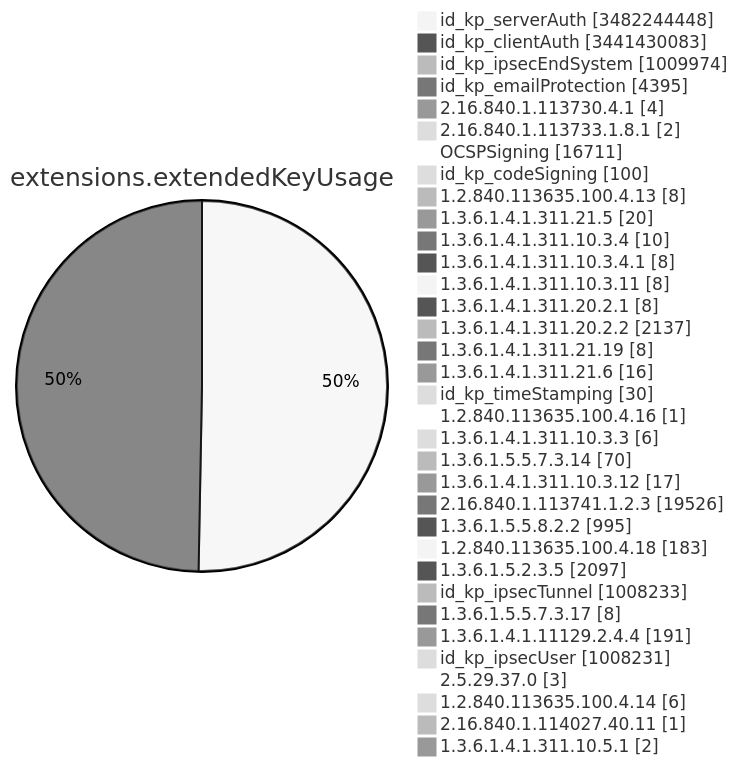
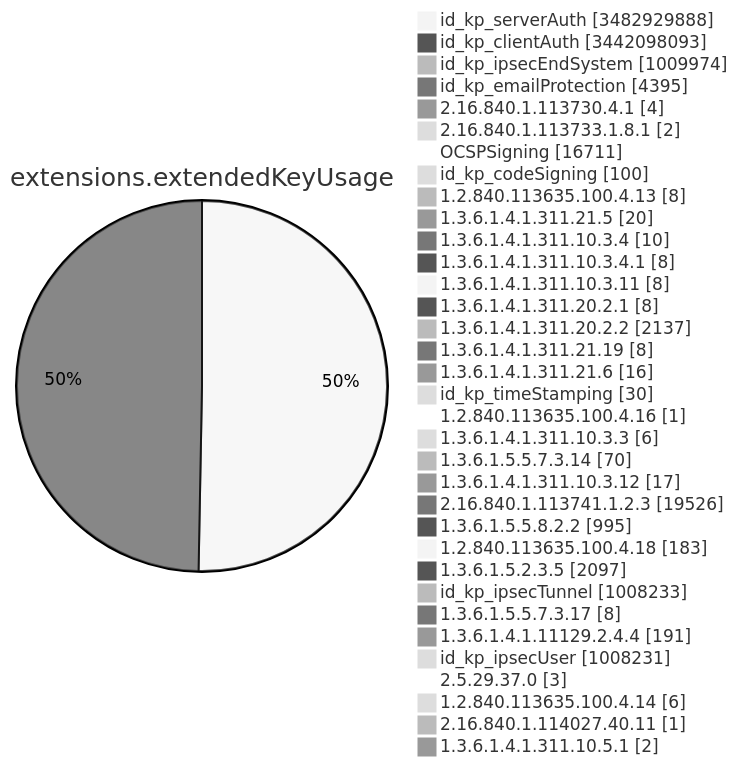
One commit to christiankrug/ctmonitor_visualization changed diagram 11 of 15 in TOTAL/README.md. Above: the diagram before and after it, drawn with Mermaid (neutral theme). The commit also changed other lines of this file, not shown here.

````diff
--- a/TOTAL/README.md
+++ b/TOTAL/README.md
@@ -4124,38 +4124,38 @@
 ```mermaid
 pie showData
 title extensions.extendedKeyUsage
-"id_kp_serverAuth" :3482244448
-"id_kp_clientAuth" :3441430083
+"id_kp_serverAuth" :3482929888
+"id_kp_clientAuth" :3442098093
 "id_kp_ipsecEndSystem" :1009974
 "id_kp_emailProtection" :4395
 "2.16.840.1.113730.4.1" :4
 "2.16.840.1.113733.1.8.1" :2
 "OCSPSigning" :16711
 "id_kp_codeSigning" :100
 "1.2.840.113635.100.4.13" :8
 "1.3.6.1.4.1.311.21.5" :20
 "1.3.6.1.4.1.311.10.3.4" :10
 "1.3.6.1.4.1.311.10.3.4.1" :8
 "1.3.6.1.4.1.311.10.3.11" :8
 "1.3.6.1.4.1.311.20.2.1" :8
 "1.3.6.1.4.1.311.20.2.2" :2137
 "1.3.6.1.4.1.311.21.19" :8
 "1.3.6.1.4.1.311.21.6" :16
 "id_kp_timeStamping" :30
 "1.2.840.113635.100.4.16" :1
 "1.3.6.1.4.1.311.10.3.3" :6
 "1.3.6.1.5.5.7.3.14" :70
 "1.3.6.1.4.1.311.10.3.12" :17
 "2.16.840.1.113741.1.2.3" :19526
 "1.3.6.1.5.5.8.2.2" :995
 "1.2.840.113635.100.4.18" :183
 "1.3.6.1.5.2.3.5" :2097
 "id_kp_ipsecTunnel" :1008233
 "1.3.6.1.5.5.7.3.17" :8
 "1.3.6.1.4.1.11129.2.4.4" :191
 "id_kp_ipsecUser" :1008231
 "2.5.29.37.0" :3
 "1.2.840.113635.100.4.14" :6
 "2.16.840.1.114027.40.11" :1
 "1.3.6.1.4.1.311.10.5.1" :2
 ```
````
